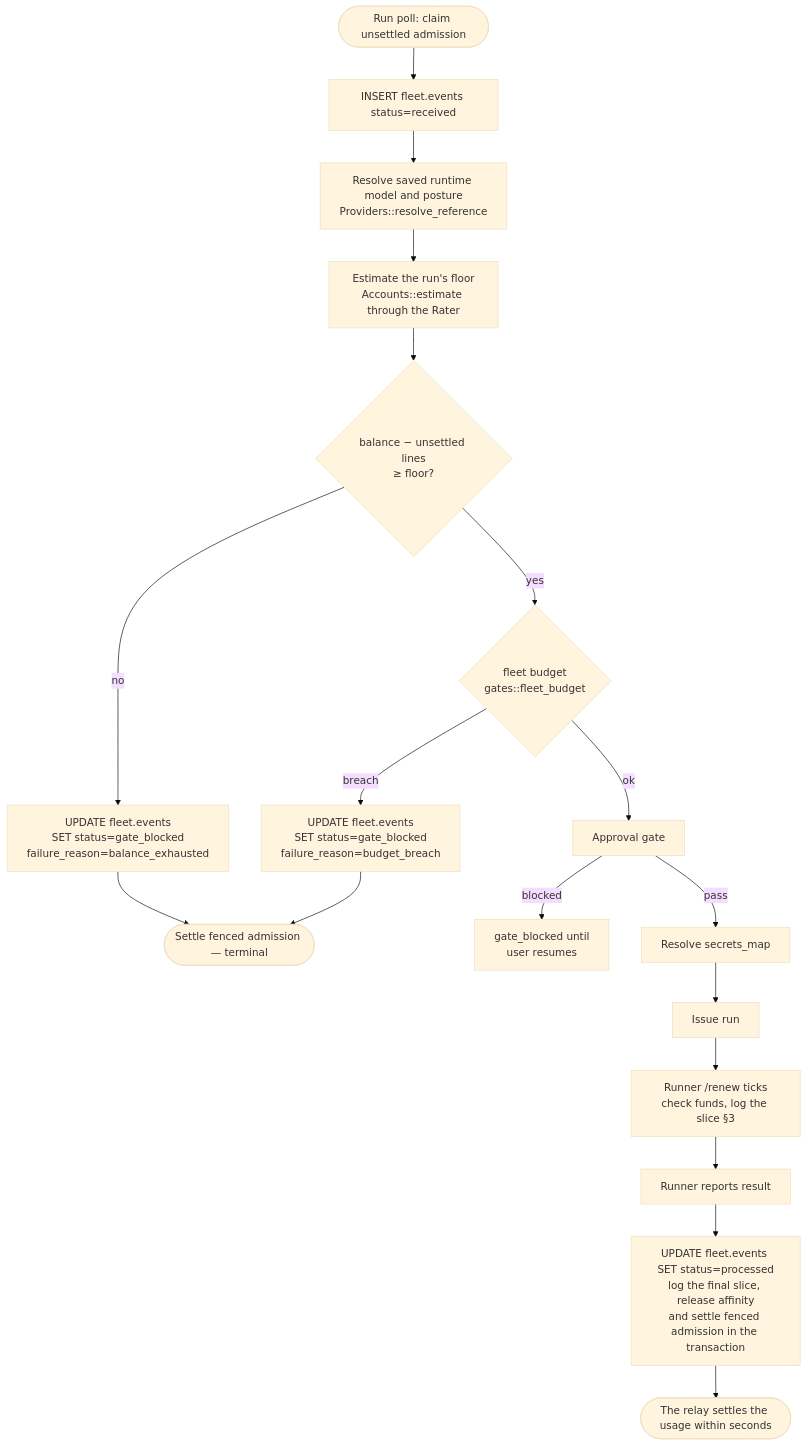
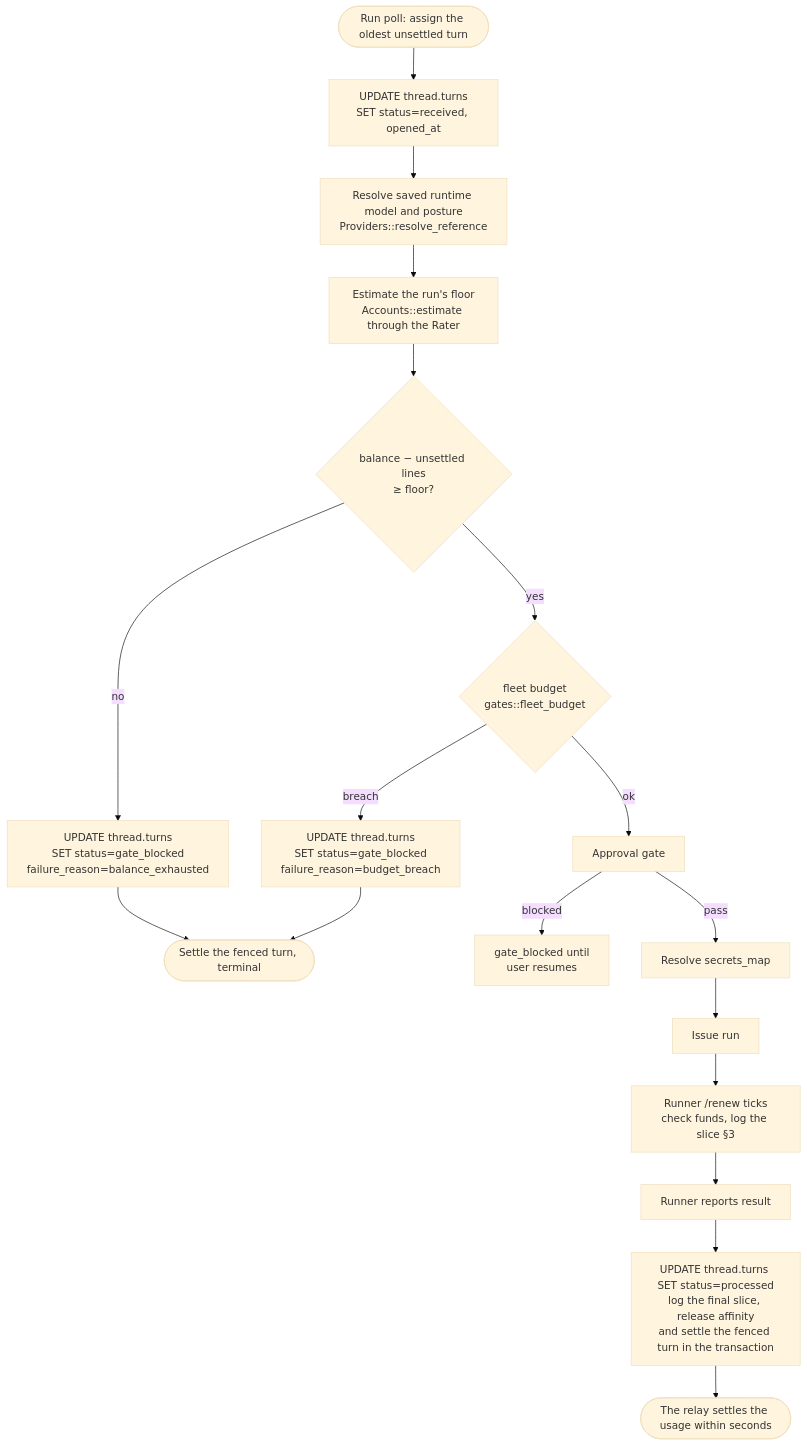
Before and after one commit to agentsfleet/agentsfleet: the diagram in docs/architecture/billing_and_provider_keys.md, drawn with Mermaid (base theme). The commit also changed other lines of this file and 36 other files, not shown here.

First line of the commit message:
docs: architecture pages speak the thread model

````diff
--- a/docs/architecture/billing_and_provider_keys.md
+++ b/docs/architecture/billing_and_provider_keys.md
@@ -409,20 +411,20 @@
 ```mermaid
 flowchart TD
-    A([Run poll: claim unsettled admission]) --> B[INSERT fleet.events status=received]
+    A([Run poll: assign the oldest unsettled turn]) --> B[UPDATE thread.turns<br/>SET status=received, opened_at]
     B --> C[Resolve saved runtime model and posture<br/>Providers::resolve_reference]
     C --> D[Estimate the run's floor<br/>Accounts::estimate through the Rater]
     D --> E{balance − unsettled lines<br/>≥ floor?}
-    E -->|no| Block[UPDATE fleet.events<br/>SET status=gate_blocked<br/>failure_reason=balance_exhausted]
-    Block --> X1([Settle fenced admission — terminal])
+    E -->|no| Block[UPDATE thread.turns<br/>SET status=gate_blocked<br/>failure_reason=balance_exhausted]
+    Block --> X1([Settle the fenced turn, terminal])
     E -->|yes| BG{fleet budget<br/>gates::fleet_budget}
-    BG -->|breach| BB[UPDATE fleet.events<br/>SET status=gate_blocked<br/>failure_reason=budget_breach]
+    BG -->|breach| BB[UPDATE thread.turns<br/>SET status=gate_blocked<br/>failure_reason=budget_breach]
     BB --> X1
     BG -->|ok| G[Approval gate]
     G -->|blocked| Wait[gate_blocked until<br/>user resumes]
     G -->|pass| H[Resolve secrets_map]
     H --> J[Issue run]
     J --> Renew[Runner /renew ticks<br/>check funds, log the slice §3]
     Renew --> K[Runner reports result]
-    K --> L[UPDATE fleet.events SET status=processed<br/>log the final slice, release affinity<br/>and settle fenced admission in the transaction]
+    K --> L[UPDATE thread.turns SET status=processed<br/>log the final slice, release affinity<br/>and settle the fenced turn in the transaction]
     L --> X2([The relay settles the usage within seconds])
 ```
````
